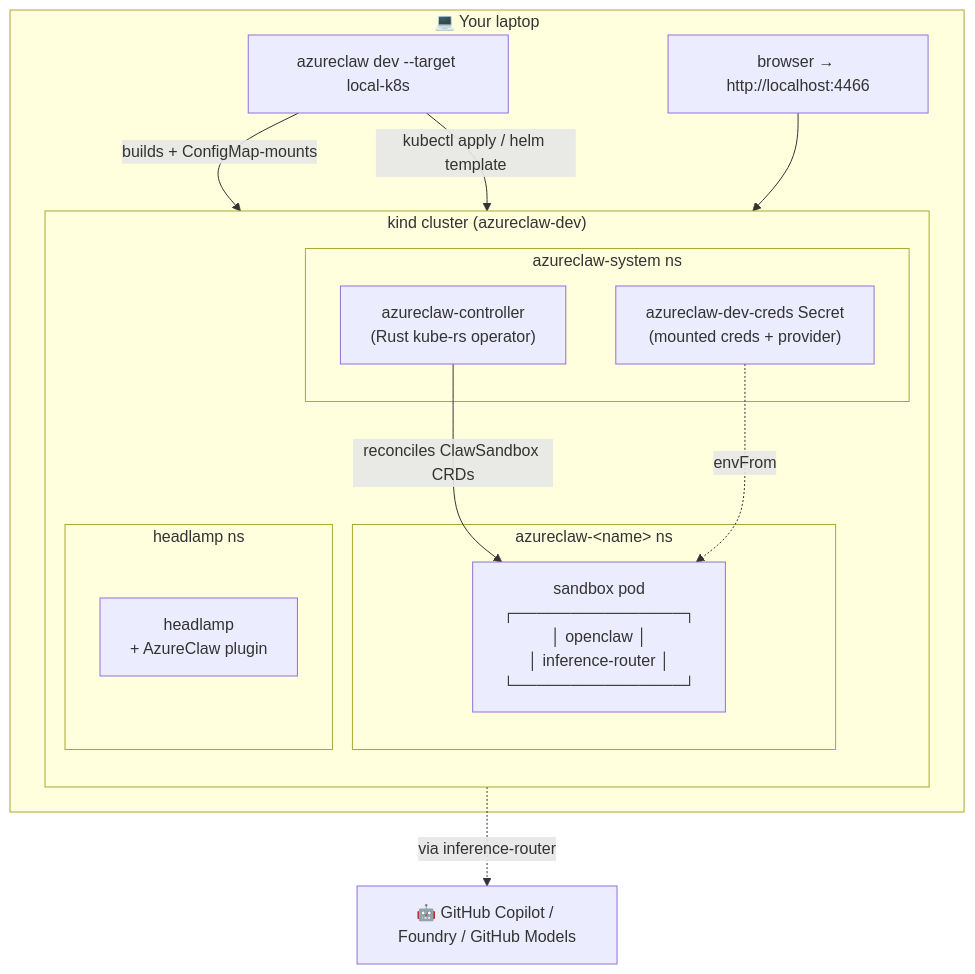
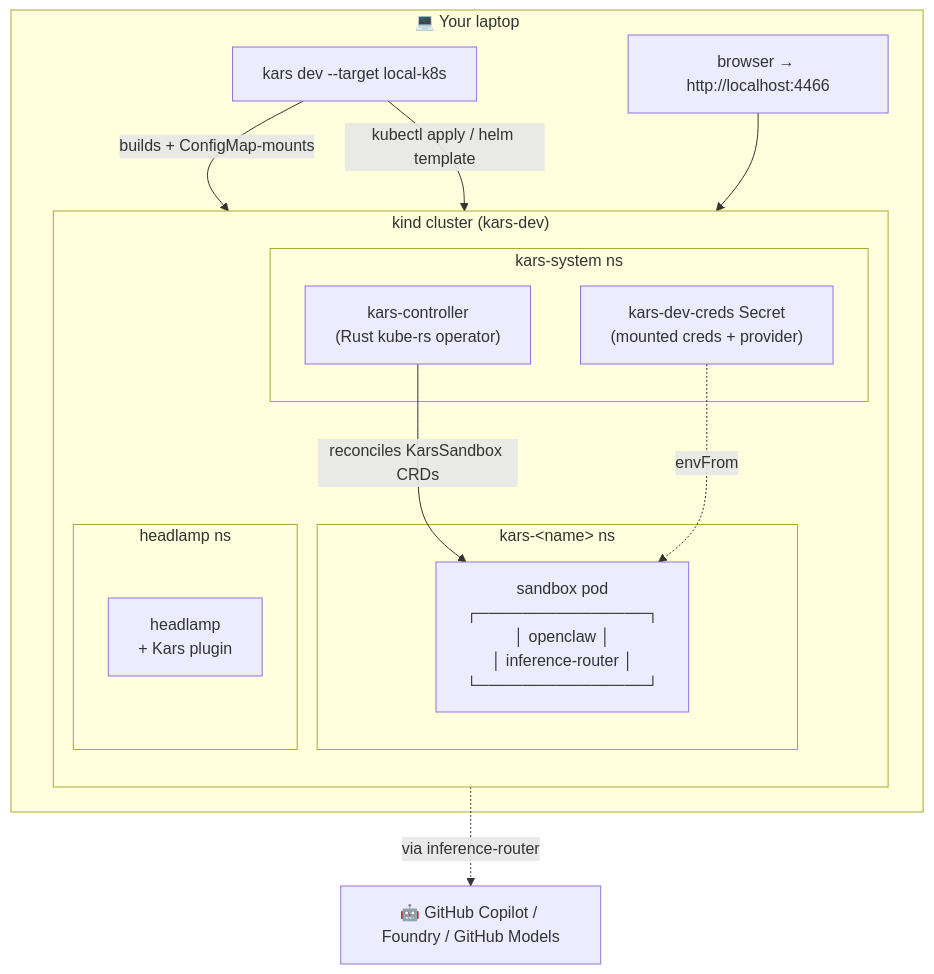
Before and after one commit to lachie83/kars: the first of 2 diagrams in docs/blueprints/02-local-k8s-dev-loop.md, drawn with Mermaid. The commit also changed other lines of this file and 694 other files, not shown here.

````diff
--- a/docs/blueprints/02-local-k8s-dev-loop.md
+++ b/docs/blueprints/02-local-k8s-dev-loop.md
@@ -15,27 +15,27 @@
 ```mermaid
 flowchart TB
   subgraph Laptop["💻 Your laptop"]
-    CLI["azureclaw dev --target local-k8s"]
+    CLI["kars dev --target local-k8s"]
     Browser["browser → http://localhost:4466"]
-    subgraph Kind["kind cluster (azureclaw-dev)"]
+    subgraph Kind["kind cluster (kars-dev)"]
       direction TB
-      subgraph SystemNs["azureclaw-system ns"]
-        Controller["azureclaw-controller<br/>(Rust kube-rs operator)"]
-        DevSecret["azureclaw-dev-creds Secret<br/>(mounted creds + provider)"]
+      subgraph SystemNs["kars-system ns"]
+        Controller["kars-controller<br/>(Rust kube-rs operator)"]
+        DevSecret["kars-dev-creds Secret<br/>(mounted creds + provider)"]
       end
-      subgraph SandboxNs["azureclaw-&lt;name&gt; ns"]
+      subgraph SandboxNs["kars-&lt;name&gt; ns"]
         Pod["sandbox pod<br/>┌───────────────┐<br/>│ openclaw      │<br/>│ inference-router │<br/>└───────────────┘"]
       end
       subgraph HeadlampNs["headlamp ns"]
-        Headlamp["headlamp<br/>+ AzureClaw plugin"]
+        Headlamp["headlamp<br/>+ Kars plugin"]
       end
-      Controller -->|reconciles ClawSandbox CRDs| Pod
+      Controller -->|reconciles KarsSandbox CRDs| Pod
       DevSecret -.->|envFrom| Pod
     end
     CLI -->|kubectl apply / helm template| Kind
     CLI -->|builds + ConfigMap-mounts| Headlamp
     Browser --> Headlamp
   end
   Copilot["🤖 GitHub Copilot / Foundry / GitHub Models"]
   Pod -.->|via inference-router| Copilot
 ```
````
